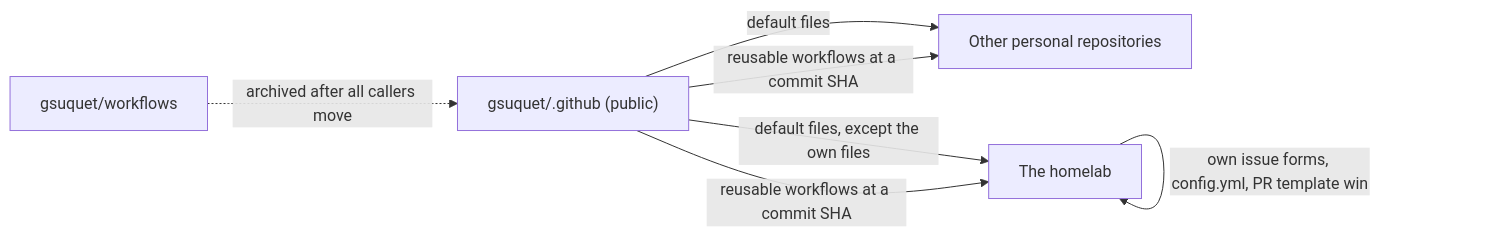
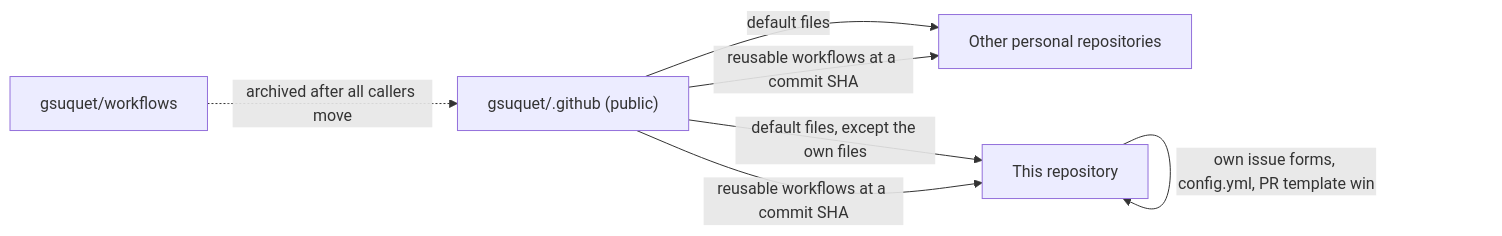
One commit to gsuquet/homelab changed the diagram in docs/records/adrs/0013-share-community-defaults-and-reusable-workflows-in-gsuquet-github.md. Above: the diagram before and after it, drawn with Mermaid. The commit also changed other lines of this file and 13 other files, not shown here.

````diff
--- a/docs/records/adrs/0013-share-community-defaults-and-reusable-workflows-in-gsuquet-github.md
+++ b/docs/records/adrs/0013-share-community-defaults-and-reusable-workflows-in-gsuquet-github.md
@@ -14,9 +14,9 @@
 ```mermaid
 flowchart LR
     G["gsuquet/.github (public)"] -->|default files| R1[Other personal repositories]
-    G -->|default files, except the own files| H[The homelab]
+    G -->|default files, except the own files| H[This repository]
     H -->|own issue forms, config.yml, PR template win| H
     G -->|reusable workflows at a commit SHA| R1
     G -->|reusable workflows at a commit SHA| H
     W[gsuquet/workflows] -.->|archived after all callers move| G
 ```
````
